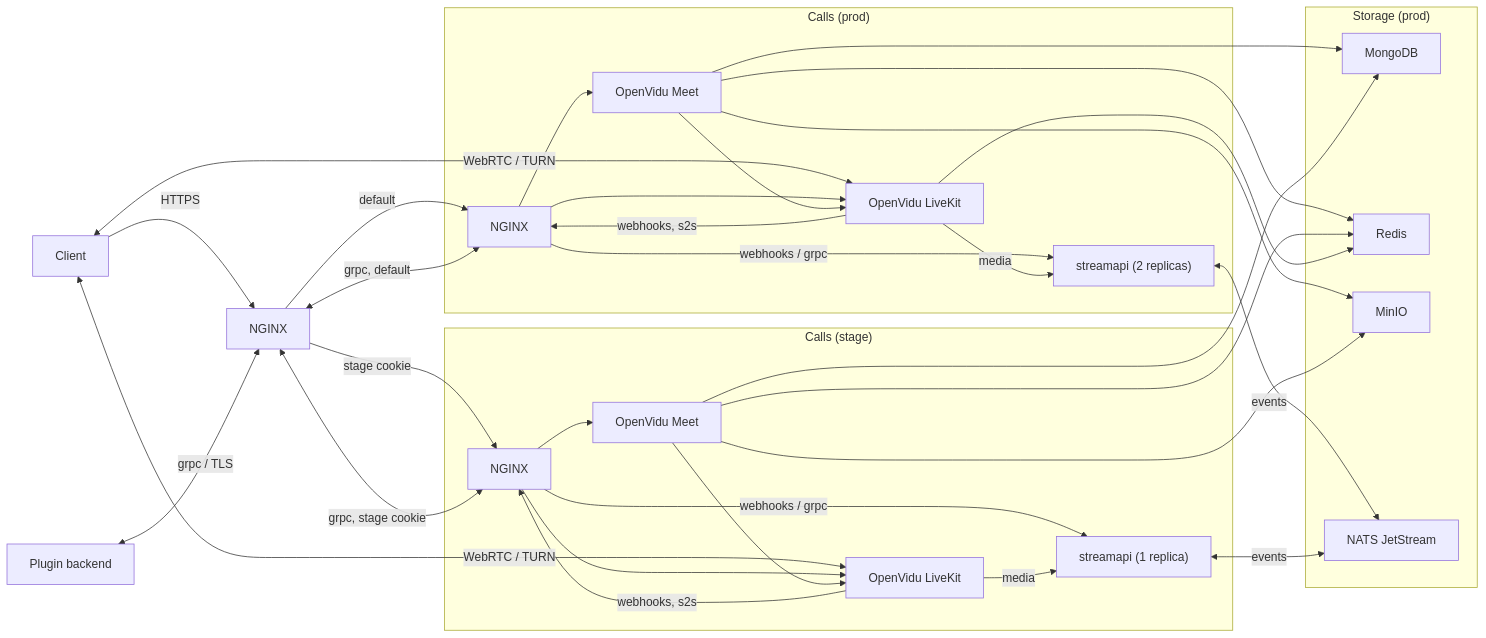
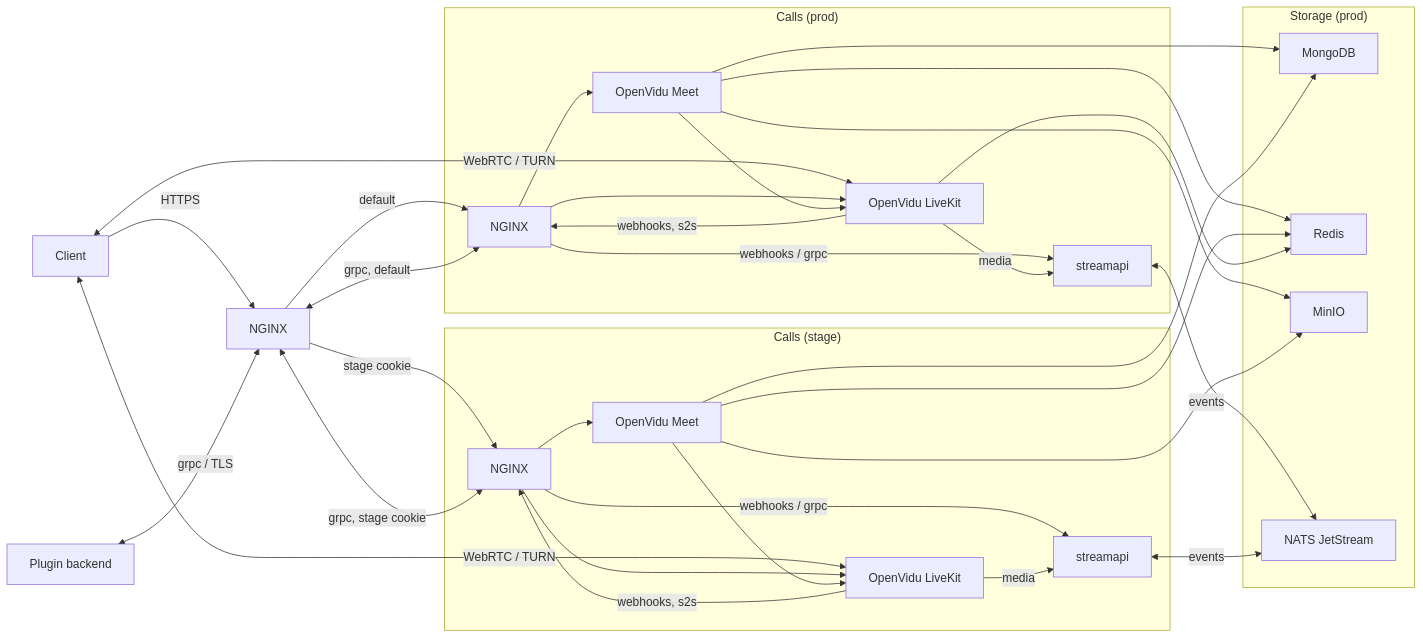
Before and after one commit to dwspurpleteam/deployer: the diagram in README.md, drawn with Mermaid.

Commit message:
remove replica counts from readme

````diff
--- a/README.md
+++ b/README.md
@@ -12,46 +12,46 @@
 ```mermaid
 flowchart LR
   browser[Client] -->|HTTPS| ingress[NGINX]
   ingress -->|default| proxy
   ingress -->|stage cookie| stage
   browser <-->|WebRTC / TURN| openvidu
   browser <-->|WebRTC / TURN| stage_openvidu
   plugin_backend[Plugin backend] <-->|grpc / TLS| ingress
   ingress <-->|grpc, default| proxy
   ingress <-->|grpc, stage cookie| stage
 
   subgraph calls_stage["Calls (stage)"]
     stage[NGINX] --> stage_meet[OpenVidu Meet]
     stage --> stage_openvidu[OpenVidu LiveKit]
     stage_meet --> stage_openvidu
     stage_openvidu -->|webhooks, s2s| stage
-    stage -->|webhooks / grpc| stage_streamapi["streamapi (1 replica)"]
+    stage -->|webhooks / grpc| stage_streamapi[streamapi]
     stage_openvidu -->|media| stage_streamapi
   end
 
   subgraph calls_prod["Calls (prod)"]
     proxy["NGINX"] --> meet[OpenVidu Meet]
     proxy --> openvidu[OpenVidu LiveKit]
     meet --> openvidu
     openvidu -->|webhooks, s2s| proxy
-    proxy -->|webhooks / grpc| streamapi["streamapi (2 replicas)"]
+    proxy -->|webhooks / grpc| streamapi[streamapi]
     openvidu -->|media| streamapi
   end
 
   subgraph storage["Storage (prod)"]
     mongodb[MongoDB]
     redis[Redis]
     minio[MinIO]
     nats["NATS JetStream"]
   end
 
   meet --> mongodb
   meet --> redis
   meet --> minio
   stage_meet --> mongodb
   stage_meet --> redis
   stage_meet --> minio
   openvidu --> redis
   streamapi <-->|events| nats
   stage_streamapi <-->|events| nats
 ```
````
